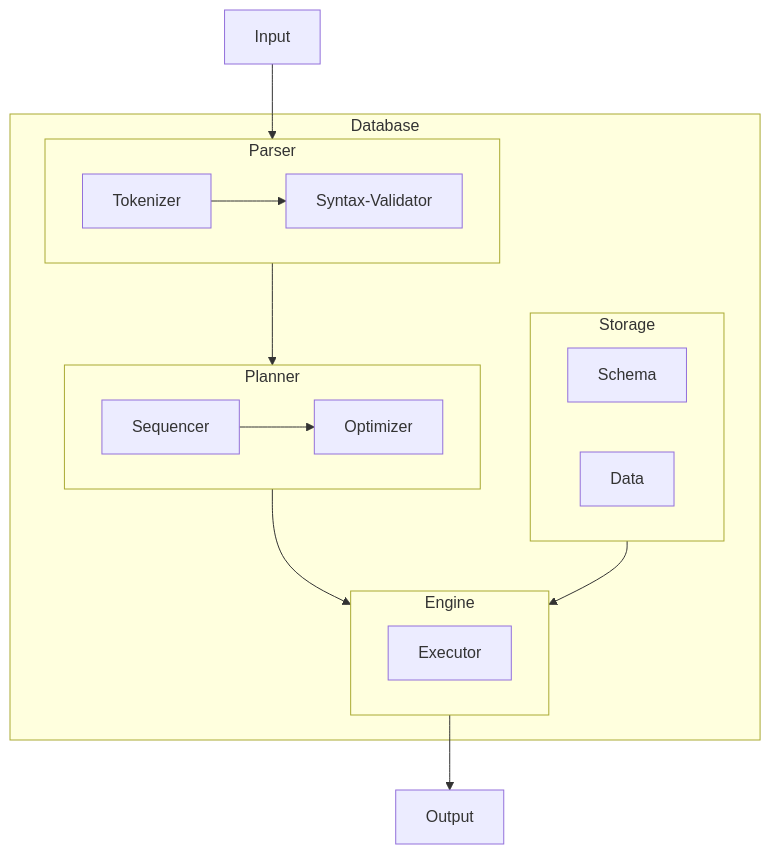
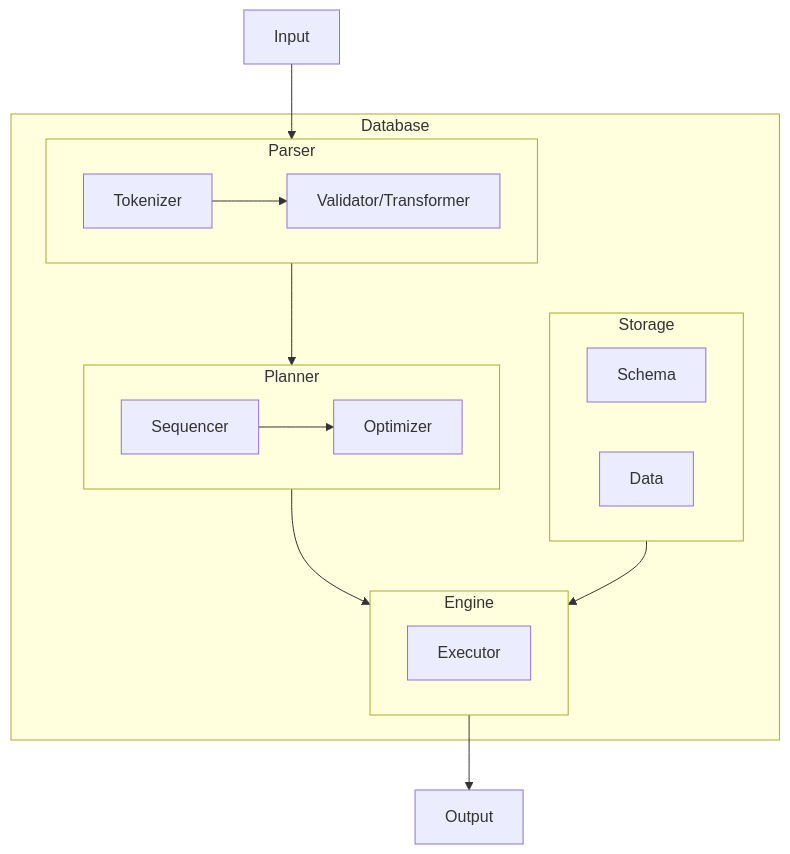
The diagram in src/chapters/04/structure.md (tmcnab/db-book), drawn with Mermaid before and after one commit. The commit also changed 5 other files, not shown here.

````diff
--- a/src/chapters/04/structure.md
+++ b/src/chapters/04/structure.md
@@ -3,37 +3,37 @@
 ```mermaid
 flowchart TD;
 
 subgraph Database 
 	Engine
 	Parser
 	Planner
 	Storage
 end
 
 Input --> Parser
 
 subgraph Parser
-	Tokenizer --> Syntax-Validator
+	Tokenizer --> Validator/Transformer
 end
 
 Parser --> Planner
 
 subgraph Planner
 	Sequencer --> Optimizer
 end
 
 Planner --> Engine
 
 subgraph Engine
 	Executor
 end
 
 Engine --> Output
 
 subgraph Storage
 	Schema
 	Data
 end
 
 Storage --> Engine
 ```
````
